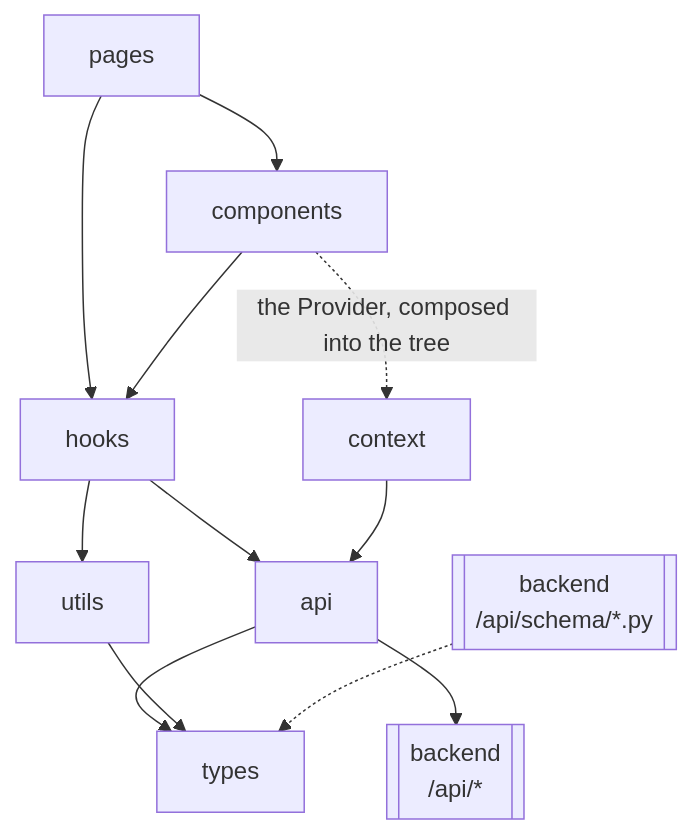
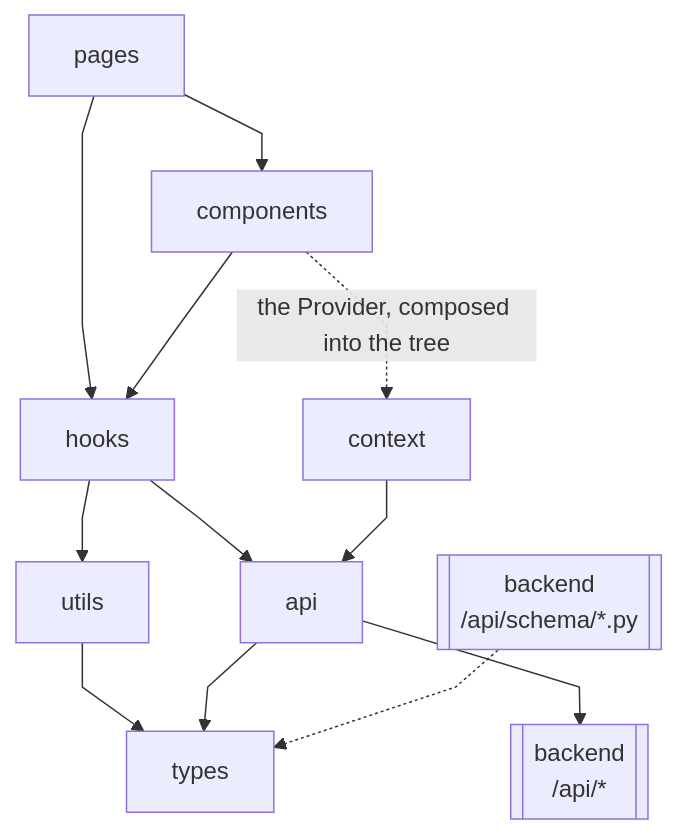
One commit to hadifar/rag changed the third of 4 diagrams in docs/architecture.md. Above: the diagram before and after it, drawn with Mermaid. The commit also changed other lines of this file and 2 other files, not shown here.

````diff
--- a/docs/architecture.md
+++ b/docs/architecture.md
@@ -75,24 +75,29 @@
 ```mermaid
+---
+config:
+  flowchart:
+    curve: linear
+---
 graph TD
     pages[pages]
     components[components]
     hooks[hooks]
     context[context]
     api[api]
     types[types]
     utils[utils]
     backend[["backend<br/>/api/*"]]
     schema[["backend<br/>/api/schema/*.py"]]
 
     pages --> components
     pages --> hooks
     components --> hooks
     components -.->|the Provider, composed into the tree| context
     hooks --> api
     context --> api
     hooks --> utils
+    utils --> types
     api --> types
-    utils --> types
     api --> backend
     schema -.-> types
 ```
````
